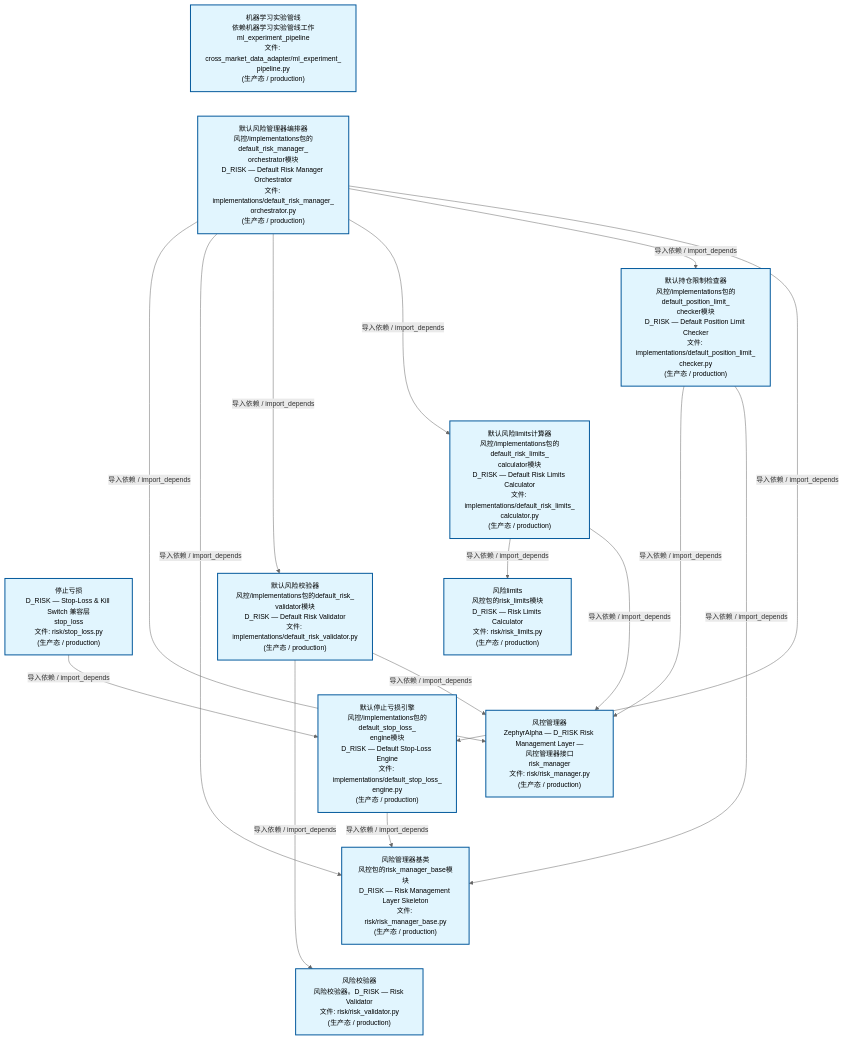
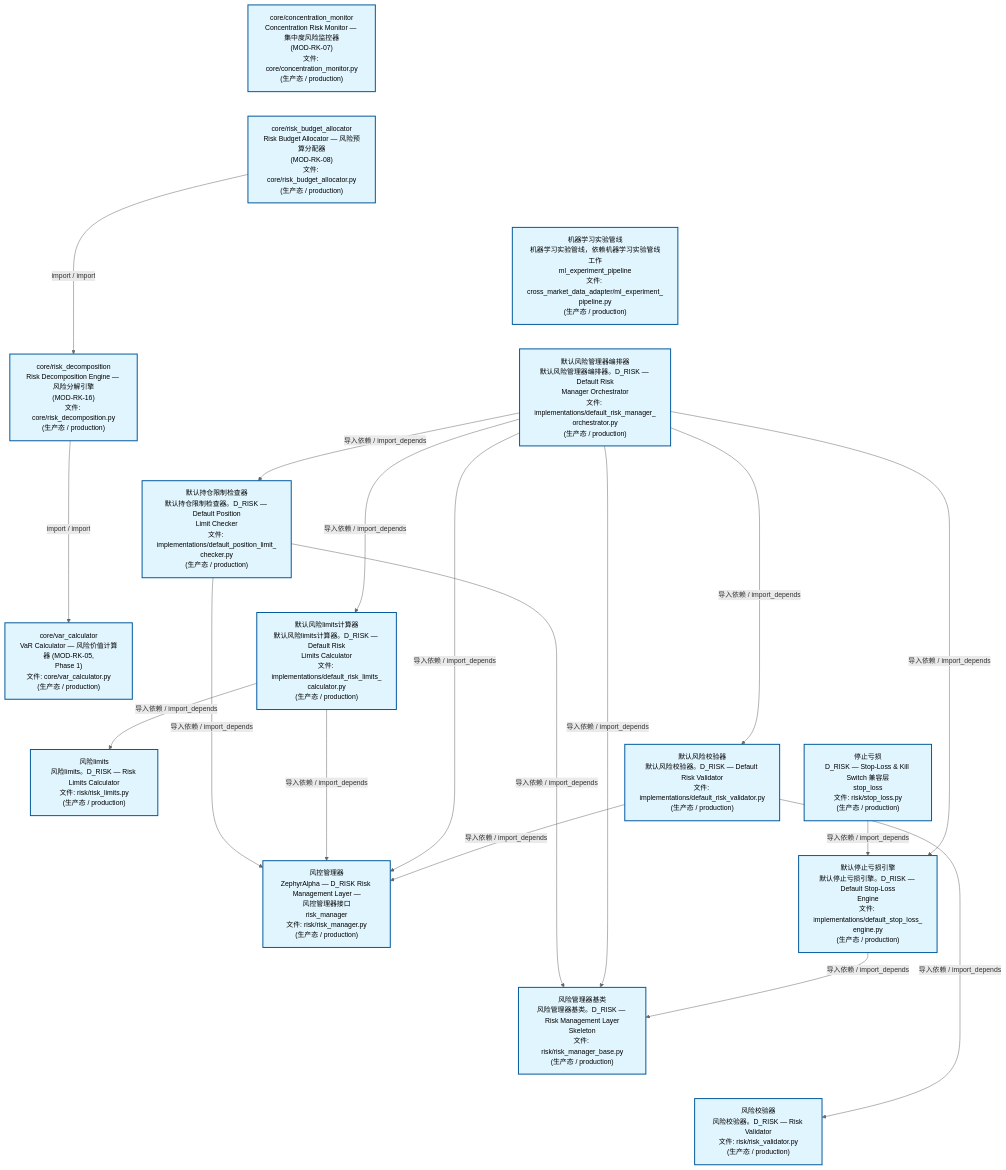
The second of 4 diagrams in docs/02_enterprise_architecture/02_domain_architecture_docs/65_d_risk.md (xuanFelixVan/ZephyrAlpha), drawn with Mermaid before and after one commit. The commit also changed other lines of this file and 58 other files, not shown here.

````diff
--- a/docs/02_enterprise_architecture/02_domain_architecture_docs/65_d_risk.md
+++ b/docs/02_enterprise_architecture/02_domain_architecture_docs/65_d_risk.md
@@ -136,42 +142,52 @@
 ```mermaid
 %%{init: {'theme': 'base', 'themeVariables': {'primaryColor': '#eaeaea', 'primaryTextColor': '#333333', 'primaryBorderColor': '#666666', 'lineColor': '#666666', 'secondaryColor': '#eaeaea', 'tertiaryColor': '#eaeaea', 'fontSize': '14px'}}}%%
 flowchart TD
-    src_zephyr_risk_cross_asset_cross_market_data_adapter_ml_experiment_pipeline_py["机器学习实验管线<br/>依赖机器学习实验管线工作<br/>ml_experiment_pipeline<br/>文件: cross_market_data_adapter/ml_experiment_<br/>pipeline.py<br/>(生产态 / production)"]
-    src_zephyr_risk_implementations_default_risk_manager_orchestrator_py["默认风险管理器编排器<br/>风控/implementations包的default_risk_manager_<br/>orchestrator模块<br/>D_RISK — Default Risk Manager Orchestrator<br/>文件: implementations/default_risk_manager_<br/>orchestrator.py<br/>(生产态 / production)"]
+    src_zephyr_risk_core_concentration_monitor_py["core/concentration_monitor<br/>Concentration Risk Monitor — 集中度风险监控器<br/>(MOD-RK-07)<br/>文件: core/concentration_monitor.py<br/>(生产态 / production)"]
+    src_zephyr_risk_core_risk_budget_allocator_py["core/risk_budget_allocator<br/>Risk Budget Allocator — 风险预算分配器<br/>(MOD-RK-08)<br/>文件: core/risk_budget_allocator.py<br/>(生产态 / production)"]
+    src_zephyr_risk_cross_asset_cross_market_data_adapter_ml_experiment_pipeline_py["机器学习实验管线<br/>机器学习实验管线，依赖机器学习实验管线工作<br/>ml_experiment_pipeline<br/>文件: cross_market_data_adapter/ml_experiment_<br/>pipeline.py<br/>(生产态 / production)"]
+    src_zephyr_risk_implementations_default_risk_manager_orchestrator_py["默认风险管理器编排器<br/>默认风险管理器编排器。D_RISK — Default Risk<br/>Manager Orchestrator<br/>文件: implementations/default_risk_manager_<br/>orchestrator.py<br/>(生产态 / production)"]
     src_zephyr_risk_stop_loss_py["停止亏损<br/>D_RISK — Stop-Loss & Kill Switch 兼容层<br/>stop_loss<br/>文件: risk/stop_loss.py<br/>(生产态 / production)"]
+    src_zephyr_risk_core_concentration_monitor_py ~~~ src_zephyr_risk_core_risk_budget_allocator_py
+    src_zephyr_risk_core_risk_budget_allocator_py ~~~ src_zephyr_risk_cross_asset_cross_market_data_adapter_ml_experiment_pipeline_py
     src_zephyr_risk_cross_asset_cross_market_data_adapter_ml_experiment_pipeline_py ~~~ src_zephyr_risk_implementations_default_risk_manager_orchestrator_py
     src_zephyr_risk_implementations_default_risk_manager_orchestrator_py ~~~ src_zephyr_risk_stop_loss_py
-    src_zephyr_risk_implementations_default_position_limit_checker_py["默认持仓限制检查器<br/>风控/implementations包的default_position_limit_<br/>checker模块<br/>D_RISK — Default Position Limit Checker<br/>文件: implementations/default_position_limit_<br/>checker.py<br/>(生产态 / production)"]
-    src_zephyr_risk_implementations_default_risk_limits_calculator_py["默认风险limits计算器<br/>风控/implementations包的default_risk_limits_<br/>calculator模块<br/>D_RISK — Default Risk Limits Calculator<br/>文件: implementations/default_risk_limits_<br/>calculator.py<br/>(生产态 / production)"]
-    src_zephyr_risk_implementations_default_risk_validator_py["默认风险校验器<br/>风控/implementations包的default_risk_<br/>validator模块<br/>D_RISK — Default Risk Validator<br/>文件: implementations/default_risk_validator.py<br/>(生产态 / production)"]
-    src_zephyr_risk_implementations_default_stop_loss_engine_py["默认停止亏损引擎<br/>风控/implementations包的default_stop_loss_<br/>engine模块<br/>D_RISK — Default Stop-Loss Engine<br/>文件: implementations/default_stop_loss_<br/>engine.py<br/>(生产态 / production)"]
+    src_zephyr_risk_core_risk_decomposition_py["core/risk_decomposition<br/>Risk Decomposition Engine — 风险分解引擎<br/>(MOD-RK-16)<br/>文件: core/risk_decomposition.py<br/>(生产态 / production)"]
+    src_zephyr_risk_implementations_default_position_limit_checker_py["默认持仓限制检查器<br/>默认持仓限制检查器。D_RISK — Default Position<br/>Limit Checker<br/>文件: implementations/default_position_limit_<br/>checker.py<br/>(生产态 / production)"]
+    src_zephyr_risk_implementations_default_risk_limits_calculator_py["默认风险limits计算器<br/>默认风险limits计算器。D_RISK — Default Risk<br/>Limits Calculator<br/>文件: implementations/default_risk_limits_<br/>calculator.py<br/>(生产态 / production)"]
+    src_zephyr_risk_implementations_default_risk_validator_py["默认风险校验器<br/>默认风险校验器。D_RISK — Default Risk Validator<br/>文件: implementations/default_risk_validator.py<br/>(生产态 / production)"]
+    src_zephyr_risk_implementations_default_stop_loss_engine_py["默认停止亏损引擎<br/>默认停止亏损引擎。D_RISK — Default Stop-Loss<br/>Engine<br/>文件: implementations/default_stop_loss_<br/>engine.py<br/>(生产态 / production)"]
+    src_zephyr_risk_core_risk_decomposition_py ~~~ src_zephyr_risk_implementations_default_position_limit_checker_py
     src_zephyr_risk_implementations_default_position_limit_checker_py ~~~ src_zephyr_risk_implementations_default_risk_limits_calculator_py
     src_zephyr_risk_implementations_default_risk_limits_calculator_py ~~~ src_zephyr_risk_implementations_default_risk_validator_py
     src_zephyr_risk_implementations_default_risk_validator_py ~~~ src_zephyr_risk_implementations_default_stop_loss_engine_py
-    src_zephyr_risk_risk_limits_py["风险limits<br/>风控包的risk_limits模块<br/>D_RISK — Risk Limits Calculator<br/>文件: risk/risk_limits.py<br/>(生产态 / production)"]
+    src_zephyr_risk_core_var_calculator_py["core/var_calculator<br/>VaR Calculator — 风险价值计算器 (MOD-RK-05,<br/>Phase 1)<br/>文件: core/var_calculator.py<br/>(生产态 / production)"]
+    src_zephyr_risk_risk_limits_py["风险limits<br/>风险limits。D_RISK — Risk Limits Calculator<br/>文件: risk/risk_limits.py<br/>(生产态 / production)"]
     src_zephyr_risk_risk_manager_py["风控管理器<br/>ZephyrAlpha — D_RISK Risk Management Layer —<br/>风控管理器接口<br/>risk_manager<br/>文件: risk/risk_manager.py<br/>(生产态 / production)"]
-    src_zephyr_risk_risk_manager_base_py["风险管理器基类<br/>风控包的risk_manager_base模块<br/>D_RISK — Risk Management Layer Skeleton<br/>文件: risk/risk_manager_base.py<br/>(生产态 / production)"]
+    src_zephyr_risk_risk_manager_base_py["风险管理器基类<br/>风险管理器基类。D_RISK — Risk Management Layer<br/>Skeleton<br/>文件: risk/risk_manager_base.py<br/>(生产态 / production)"]
     src_zephyr_risk_risk_validator_py["风险校验器<br/>风险校验器。D_RISK — Risk Validator<br/>文件: risk/risk_validator.py<br/>(生产态 / production)"]
+    src_zephyr_risk_core_var_calculator_py ~~~ src_zephyr_risk_risk_limits_py
     src_zephyr_risk_risk_limits_py ~~~ src_zephyr_risk_risk_manager_py
     src_zephyr_risk_risk_manager_py ~~~ src_zephyr_risk_risk_manager_base_py
     src_zephyr_risk_risk_manager_base_py ~~~ src_zephyr_risk_risk_validator_py
+    src_zephyr_risk_core_risk_budget_allocator_py -->|import / import| src_zephyr_risk_core_risk_decomposition_py
+    src_zephyr_risk_core_risk_decomposition_py -->|import / import| src_zephyr_risk_core_var_calculator_py
     src_zephyr_risk_stop_loss_py -->|导入依赖 / import_depends| src_zephyr_risk_implementations_default_stop_loss_engine_py
-    src_zephyr_risk_implementations_default_risk_validator_py -->|导入依赖 / import_depends| src_zephyr_risk_risk_validator_py
-    src_zephyr_risk_implementations_default_risk_validator_py -->|导入依赖 / import_depends| src_zephyr_risk_risk_manager_py
+    src_zephyr_risk_implementations_default_position_limit_checker_py -->|导入依赖 / import_depends| src_zephyr_risk_risk_manager_base_py
+    src_zephyr_risk_implementations_default_position_limit_checker_py -->|导入依赖 / import_depends| src_zephyr_risk_risk_manager_py
     src_zephyr_risk_implementations_default_risk_limits_calculator_py -->|导入依赖 / import_depends| src_zephyr_risk_risk_limits_py
     src_zephyr_risk_implementations_default_risk_limits_calculator_py -->|导入依赖 / import_depends| src_zephyr_risk_risk_manager_py
+    src_zephyr_risk_implementations_default_risk_manager_orchestrator_py -->|导入依赖 / import_depends| src_zephyr_risk_risk_manager_base_py
     src_zephyr_risk_implementations_default_risk_manager_orchestrator_py -->|导入依赖 / import_depends| src_zephyr_risk_risk_manager_py
-    src_zephyr_risk_implementations_default_risk_manager_orchestrator_py -->|导入依赖 / import_depends| src_zephyr_risk_risk_manager_base_py
+    src_zephyr_risk_implementations_default_risk_manager_orchestrator_py -->|导入依赖 / import_depends| src_zephyr_risk_implementations_default_position_limit_checker_py
+    src_zephyr_risk_implementations_default_risk_manager_orchestrator_py -->|导入依赖 / import_depends| src_zephyr_risk_implementations_default_risk_limits_calculator_py
+    src_zephyr_risk_implementations_default_risk_manager_orchestrator_py -->|导入依赖 / import_depends| src_zephyr_risk_implementations_default_stop_loss_engine_py
     src_zephyr_risk_implementations_default_risk_manager_orchestrator_py -->|导入依赖 / import_depends| src_zephyr_risk_implementations_default_risk_validator_py
-    src_zephyr_risk_implementations_default_risk_manager_orchestrator_py -->|导入依赖 / import_depends| src_zephyr_risk_implementations_default_risk_limits_calculator_py
-    src_zephyr_risk_implementations_default_risk_manager_orchestrator_py -->|导入依赖 / import_depends| src_zephyr_risk_implementations_default_position_limit_checker_py
-    src_zephyr_risk_implementations_default_risk_manager_orchestrator_py -->|导入依赖 / import_depends| src_zephyr_risk_implementations_default_stop_loss_engine_py
-    src_zephyr_risk_implementations_default_position_limit_checker_py -->|导入依赖 / import_depends| src_zephyr_risk_risk_manager_py
-    src_zephyr_risk_implementations_default_position_limit_checker_py -->|导入依赖 / import_depends| src_zephyr_risk_risk_manager_base_py
     src_zephyr_risk_implementations_default_stop_loss_engine_py -->|导入依赖 / import_depends| src_zephyr_risk_risk_manager_base_py
+    src_zephyr_risk_implementations_default_risk_validator_py -->|导入依赖 / import_depends| src_zephyr_risk_risk_manager_py
+    src_zephyr_risk_implementations_default_risk_validator_py -->|导入依赖 / import_depends| src_zephyr_risk_risk_validator_py
     classDef production fill:#e1f5fe,stroke:#01579b,stroke-width:2px,color:#000
     classDef design fill:#fff3e0,stroke:#e65100,stroke-width:2px,color:#000,stroke-dasharray: 5 5
     classDef external_prod fill:#e8f4fd,stroke:#0277bd,stroke-width:1px,color:#000
     classDef external_design fill:#fff8e7,stroke:#ef6c00,stroke-width:1px,color:#000,stroke-dasharray: 5 5
-    class src_zephyr_risk_cross_asset_cross_market_data_adapter_ml_experiment_pipeline_py,src_zephyr_risk_implementations_default_position_limit_checker_py,src_zephyr_risk_implementations_default_risk_limits_calculator_py,src_zephyr_risk_implementations_default_risk_manager_orchestrator_py,src_zephyr_risk_implementations_default_risk_validator_py,src_zephyr_risk_implementations_default_stop_loss_engine_py,src_zephyr_risk_risk_limits_py,src_zephyr_risk_risk_manager_py,src_zephyr_risk_risk_manager_base_py,src_zephyr_risk_risk_validator_py,src_zephyr_risk_stop_loss_py production
+    class src_zephyr_risk_core_concentration_monitor_py,src_zephyr_risk_core_risk_budget_allocator_py,src_zephyr_risk_core_risk_decomposition_py,src_zephyr_risk_core_var_calculator_py,src_zephyr_risk_cross_asset_cross_market_data_adapter_ml_experiment_pipeline_py,src_zephyr_risk_implementations_default_position_limit_checker_py,src_zephyr_risk_implementations_default_risk_limits_calculator_py,src_zephyr_risk_implementations_default_risk_manager_orchestrator_py,src_zephyr_risk_implementations_default_risk_validator_py,src_zephyr_risk_implementations_default_stop_loss_engine_py,src_zephyr_risk_risk_limits_py,src_zephyr_risk_risk_manager_py,src_zephyr_risk_risk_manager_base_py,src_zephyr_risk_risk_validator_py,src_zephyr_risk_stop_loss_py production
 ```
````
